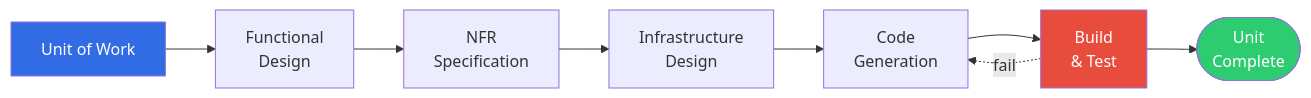
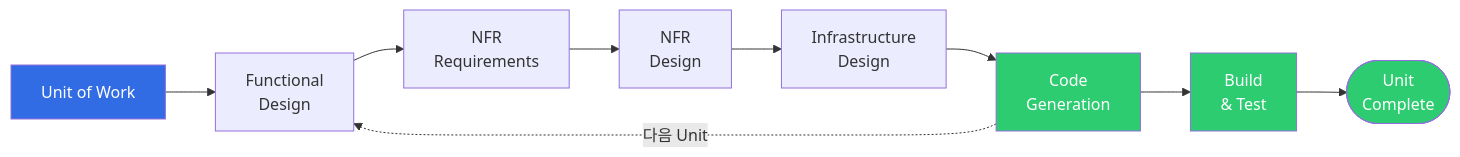
One commit to devfloor9/engineering-playbook changed the eighth of 9 diagrams in i18n/ko/docusaurus-plugin-content-docs/current/aidlc/methodology/adaptive-execution.md. Above: the diagram before and after it, drawn with Mermaid. The commit also changed other lines of this file and 3 other files, not shown here.

````diff
--- a/i18n/ko/docusaurus-plugin-content-docs/current/aidlc/methodology/adaptive-execution.md
+++ b/i18n/ko/docusaurus-plugin-content-docs/current/aidlc/methodology/adaptive-execution.md
@@ -307,14 +311,16 @@
 ```mermaid
 flowchart LR
     UNIT[Unit of Work] --> FD[Functional<br/>Design]
-    FD --> NFR[NFR<br/>Specification]
-    NFR --> INFRA[Infrastructure<br/>Design]
+    FD --> NFRA[NFR<br/>Requirements]
+    NFRA --> NFRD[NFR<br/>Design]
+    NFRD --> INFRA[Infrastructure<br/>Design]
     INFRA --> CG[Code<br/>Generation]
     CG --> BT[Build<br/>& Test]
     BT --> DONE([Unit<br/>Complete])
-    BT -.fail.-> CG
+    CG -.다음 Unit.-> FD
 
     style UNIT fill:#326ce5,color:#fff
     style DONE fill:#2ecc71,color:#fff
-    style BT fill:#e74c3c,color:#fff
+    style CG fill:#2ecc71,color:#fff
+    style BT fill:#2ecc71,color:#fff
 ```
````
